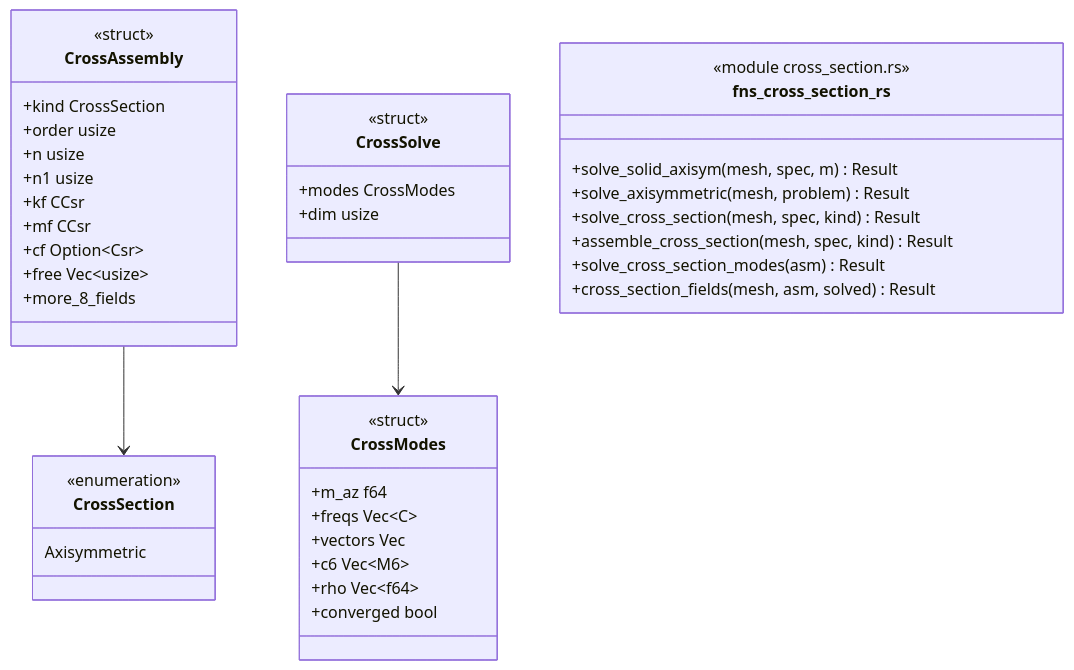
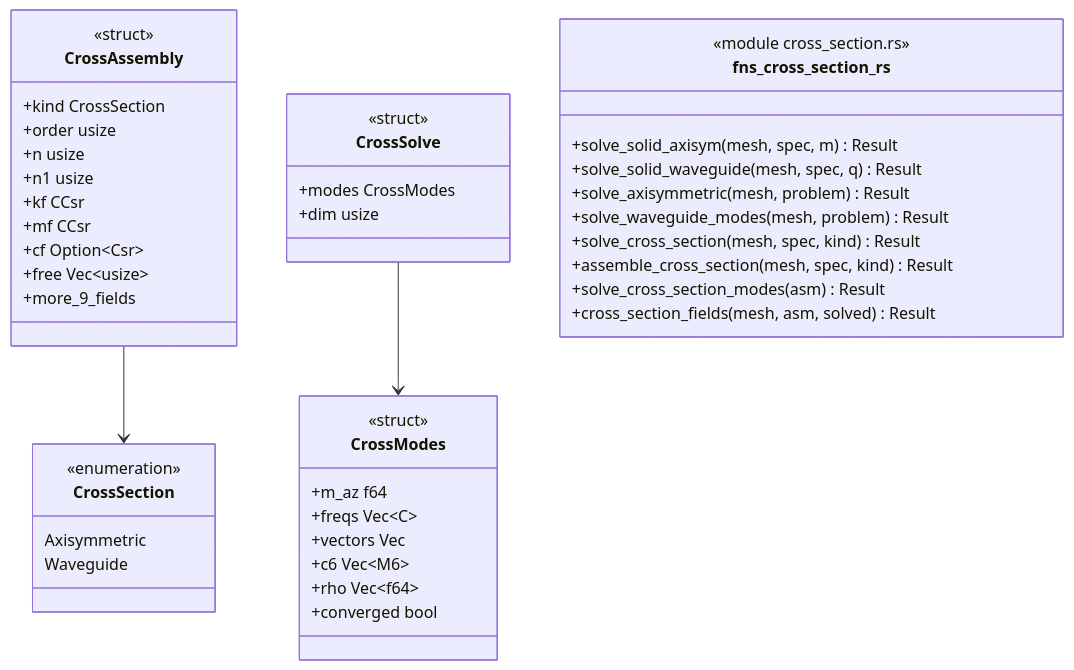
Before and after one commit to p-j-r/nyx: the diagram in docs/architecture/c4/4-code/sms/crosssection.md, drawn with Mermaid. The commit also changed other lines of this file and 82 other files, not shown here.

````diff
--- a/docs/architecture/c4/4-code/sms/crosssection.md
+++ b/docs/architecture/c4/4-code/sms/crosssection.md
@@ -37,44 +39,47 @@
 ```mermaid
 classDiagram
   class CrossModes {
       <<struct>>
       +m_az f64
       +freqs Vec~C~
       +vectors Vec
       +c6 Vec~M6~
       +rho Vec~f64~
       +converged bool
   }
   class CrossSection {
       <<enumeration>>
       Axisymmetric
+      Waveguide
   }
   class CrossAssembly {
       <<struct>>
       +kind CrossSection
       +order usize
       +n usize
       +n1 usize
       +kf CCsr
       +mf CCsr
       +cf Option~Csr~
       +free Vec~usize~
-      +more_8_fields
+      +more_9_fields
   }
   class CrossSolve {
       <<struct>>
       +modes CrossModes
       +dim usize
   }
   class fns_cross_section_rs {
       <<module cross_section.rs>>
       +solve_solid_axisym(mesh, spec, m) Result
+      +solve_solid_waveguide(mesh, spec, q) Result
       +solve_axisymmetric(mesh, problem) Result
+      +solve_waveguide_modes(mesh, problem) Result
       +solve_cross_section(mesh, spec, kind) Result
       +assemble_cross_section(mesh, spec, kind) Result
       +solve_cross_section_modes(asm) Result
       +cross_section_fields(mesh, asm, solved) Result
   }
   CrossAssembly --> CrossSection
   CrossSolve --> CrossModes
 ```
````
